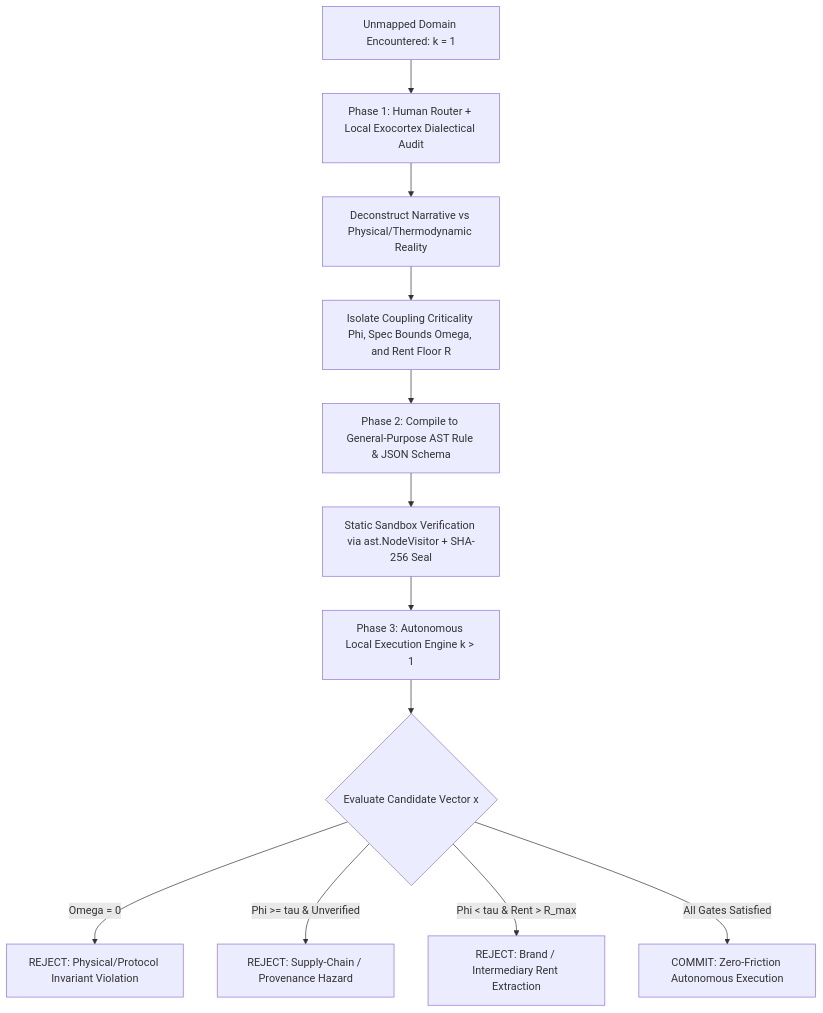
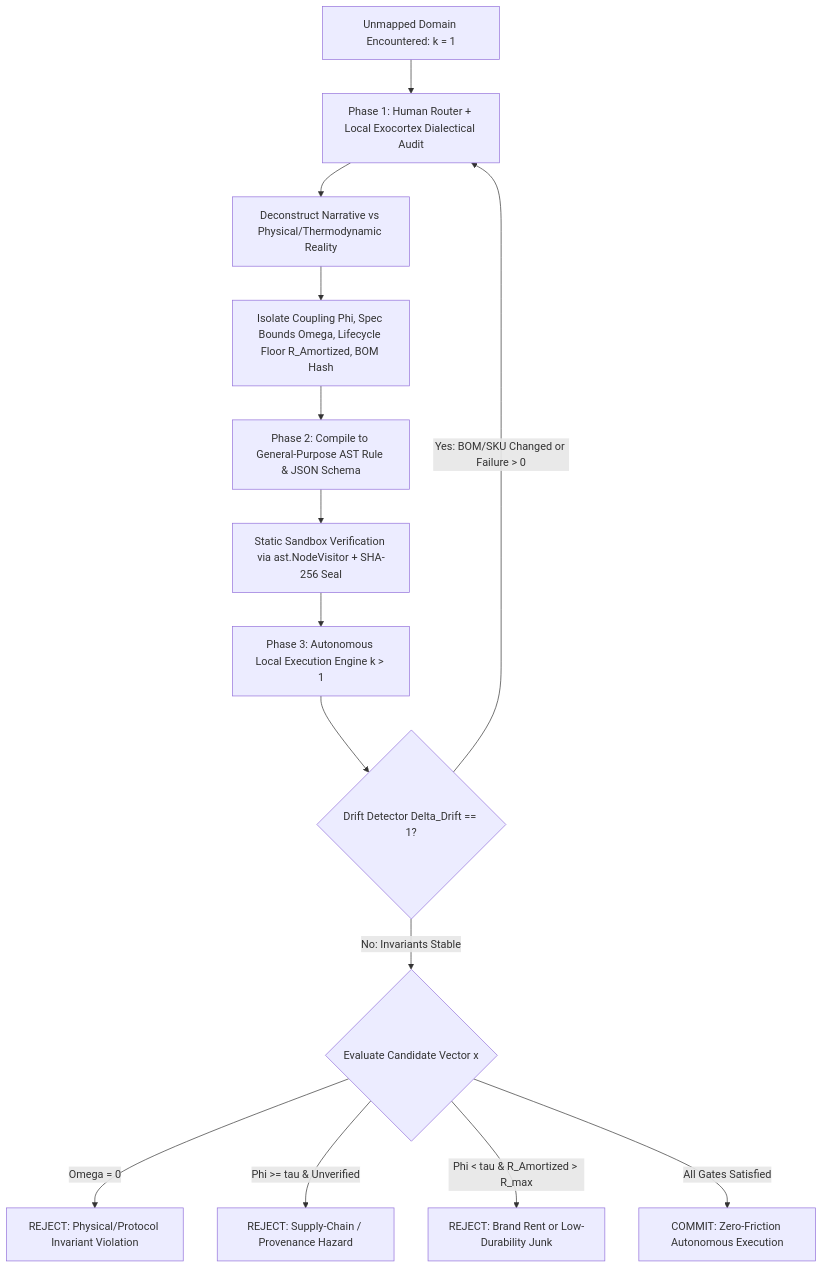
One commit to move6729/operational-stack changed the diagram in specs/SPEC-2026-HUMAN-ROUTER-AST-COMPILATION-v1.0.md. Above: the diagram before and after it, drawn with Mermaid. The commit also changed other lines of this file and 2 other files, not shown here.

Commit message:
feat(spec): add lifecycle amortization and drift circuit breaker to H2A compiler

````diff
--- a/specs/SPEC-2026-HUMAN-ROUTER-AST-COMPILATION-v1.0.md
+++ b/specs/SPEC-2026-HUMAN-ROUTER-AST-COMPILATION-v1.0.md
@@ -43,14 +46,16 @@
 ```mermaid
 graph TD
     A[Unmapped Domain Encountered: k = 1] --> B[Phase 1: Human Router + Local Exocortex Dialectical Audit]
     B --> C[Deconstruct Narrative vs Physical/Thermodynamic Reality]
-    C --> D[Isolate Coupling Criticality Phi, Spec Bounds Omega, and Rent Floor R]
+    C --> D[Isolate Coupling Phi, Spec Bounds Omega, Lifecycle Floor R_Amortized, BOM Hash]
     D --> E[Phase 2: Compile to General-Purpose AST Rule & JSON Schema]
     E --> F[Static Sandbox Verification via ast.NodeVisitor + SHA-256 Seal]
     F --> G[Phase 3: Autonomous Local Execution Engine k > 1]
-    G --> H{Evaluate Candidate Vector x}
-    H -->|Omega = 0| I[REJECT: Physical/Protocol Invariant Violation]
-    H -->|Phi >= tau & Unverified| J[REJECT: Supply-Chain / Provenance Hazard]
-    H -->|Phi < tau & Rent > R_max| K[REJECT: Brand / Intermediary Rent Extraction]
-    H -->|All Gates Satisfied| L[COMMIT: Zero-Friction Autonomous Execution]
+    G --> H{Drift Detector Delta_Drift == 1?}
+    H -->|Yes: BOM/SKU Changed or Failure > 0| B
+    H -->|No: Invariants Stable| I{Evaluate Candidate Vector x}
+    I -->|Omega = 0| J[REJECT: Physical/Protocol Invariant Violation]
+    I -->|Phi >= tau & Unverified| K[REJECT: Supply-Chain / Provenance Hazard]
+    I -->|Phi < tau & R_Amortized > R_max| L[REJECT: Brand Rent or Low-Durability Junk]
+    I -->|All Gates Satisfied| M[COMMIT: Zero-Friction Autonomous Execution]
 ```
````
